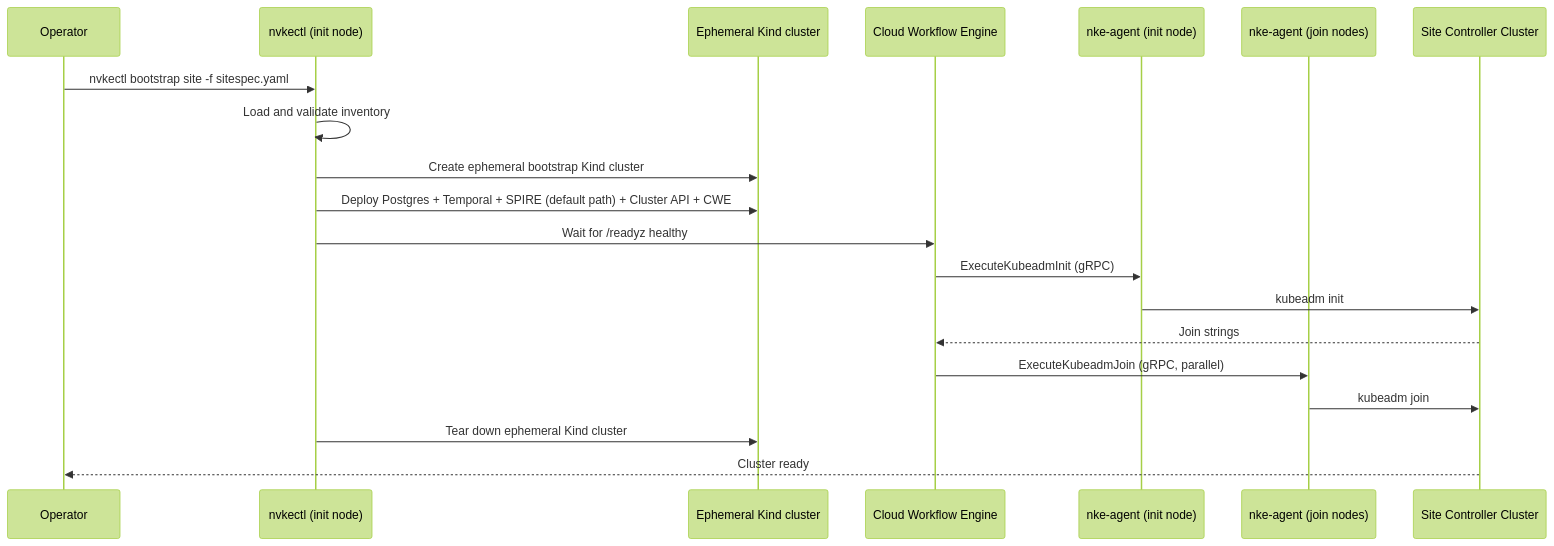
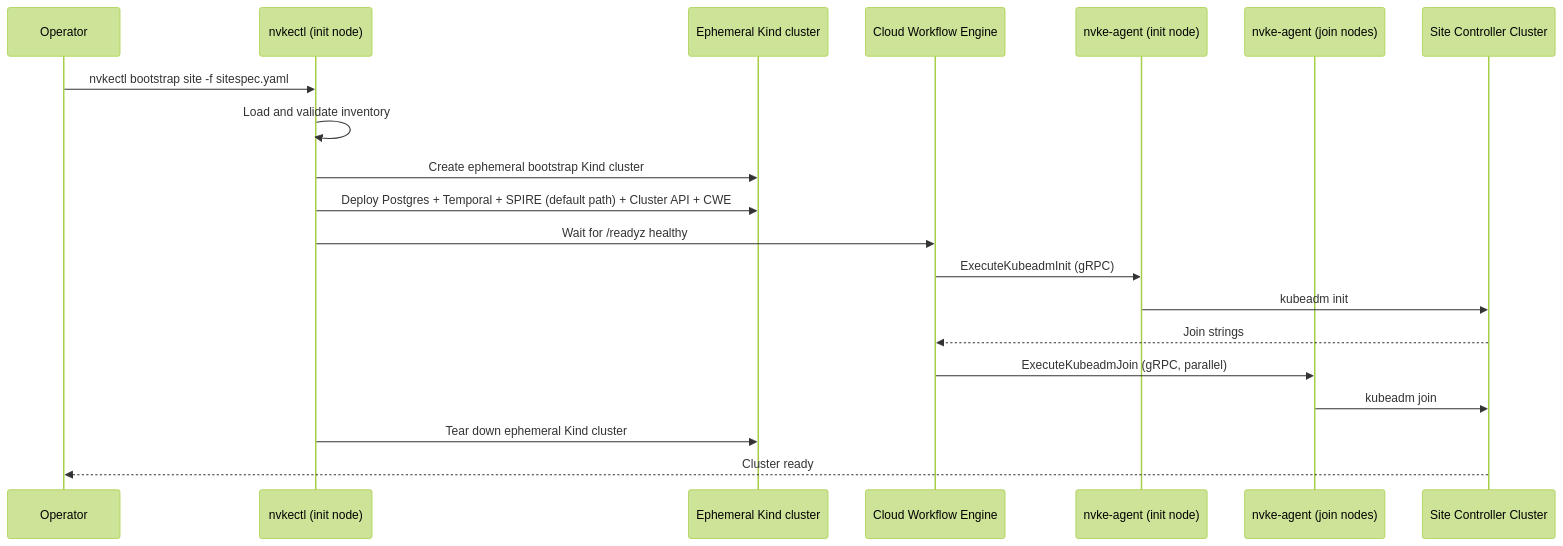
The diagram in docs/site-bootstrap/overview.md (FrankSpitulski/nvke), drawn with Mermaid (forest theme) before and after one commit. The commit also changed other lines of this file and 179 other files, not shown here.

First line of the commit message:
fix(agent): rename node agent package and contracts to nvke (#1565)

````diff
--- a/docs/site-bootstrap/overview.md
+++ b/docs/site-bootstrap/overview.md
@@ -21,23 +21,23 @@
 ```mermaid
 sequenceDiagram
     participant Op as Operator
     participant Ctl as nvkectl (init node)
     participant Kind as Ephemeral Kind cluster
     participant CWE as Cloud Workflow Engine
-    participant Init as nke-agent (init node)
-    participant Join as nke-agent (join nodes)
+    participant Init as nvke-agent (init node)
+    participant Join as nvke-agent (join nodes)
     participant K8s as Site Controller Cluster
 
     Op->>Ctl: nvkectl bootstrap site -f sitespec.yaml
     Ctl->>Ctl: Load and validate inventory
     Ctl->>Kind: Create ephemeral bootstrap Kind cluster
     Ctl->>Kind: Deploy Postgres + Temporal + SPIRE (default path) + Cluster API + CWE
     Ctl->>CWE: Wait for /readyz healthy
     CWE->>Init: ExecuteKubeadmInit (gRPC)
     Init->>K8s: kubeadm init
     K8s-->>CWE: Join strings
     CWE->>Join: ExecuteKubeadmJoin (gRPC, parallel)
     Join->>K8s: kubeadm join
     Ctl->>Kind: Tear down ephemeral Kind cluster
     K8s-->>Op: Cluster ready
 ```
````
